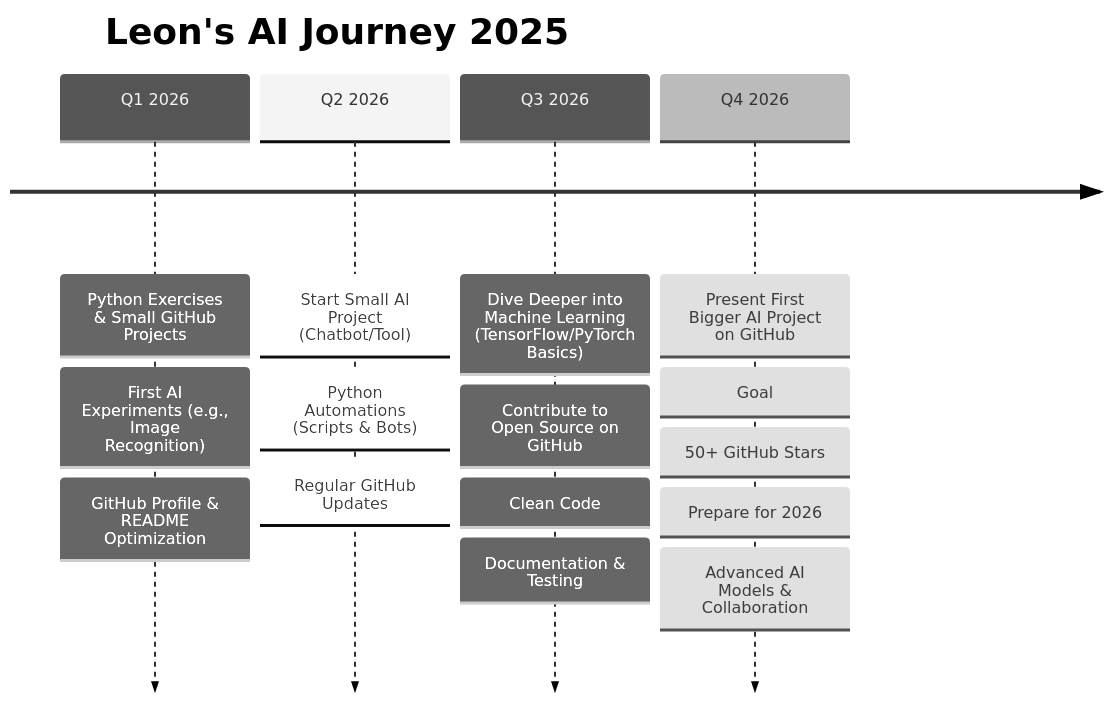
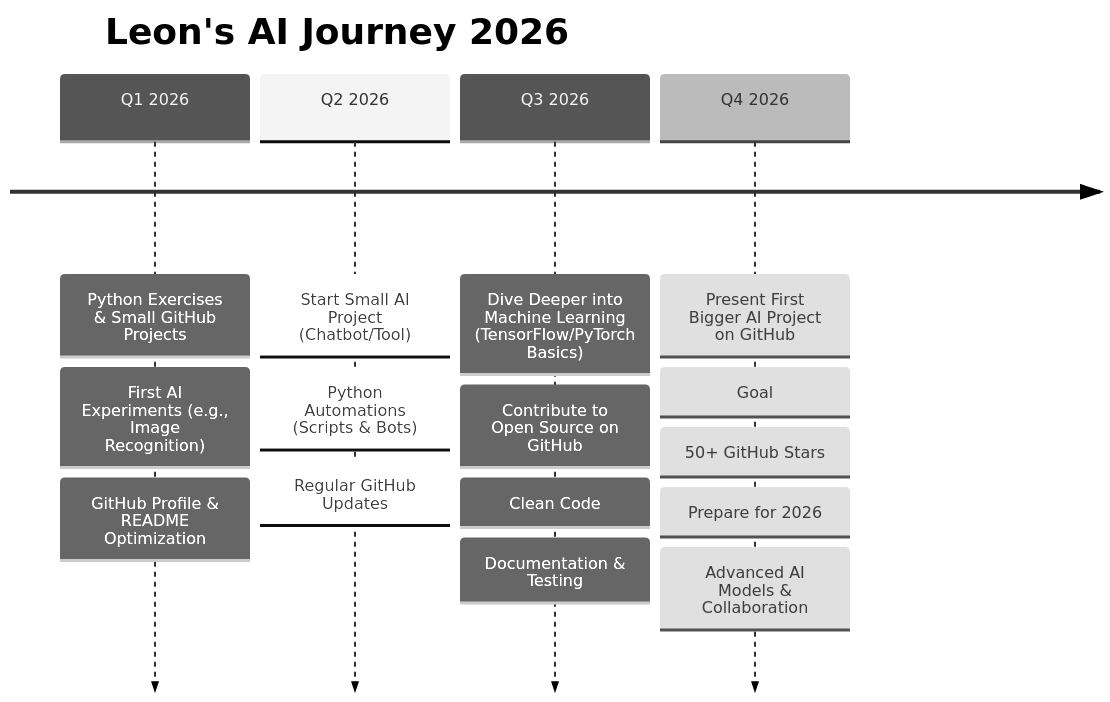
One commit to LeonT111/LeonT111 changed the diagram in README.md. Above: the diagram before and after it, drawn with Mermaid (neutral theme). The commit also changed other lines of this file, not shown here.

````diff
--- a/README.md
+++ b/README.md
@@ -134,20 +134,20 @@
 ```mermaid
 timeline
-    title Leon's AI Journey 2025
+    title Leon's AI Journey 2026
     
     Q1 2026 : Python Exercises & Small GitHub Projects
             : First AI Experiments (e.g., Image Recognition)
             : GitHub Profile & README Optimization
     
     Q2 2026 : Start Small AI Project (Chatbot/Tool)
             : Python Automations (Scripts & Bots)
             : Regular GitHub Updates
     
     Q3 2026 : Dive Deeper into Machine Learning (TensorFlow/PyTorch Basics)
             : Contribute to Open Source on GitHub
             : Clean Code: Documentation & Testing
     
     Q4 2026 : Present First Bigger AI Project on GitHub
             : Goal: 50+ GitHub Stars
             : Prepare for 2026: Advanced AI Models & Collaboration
 ```
````
